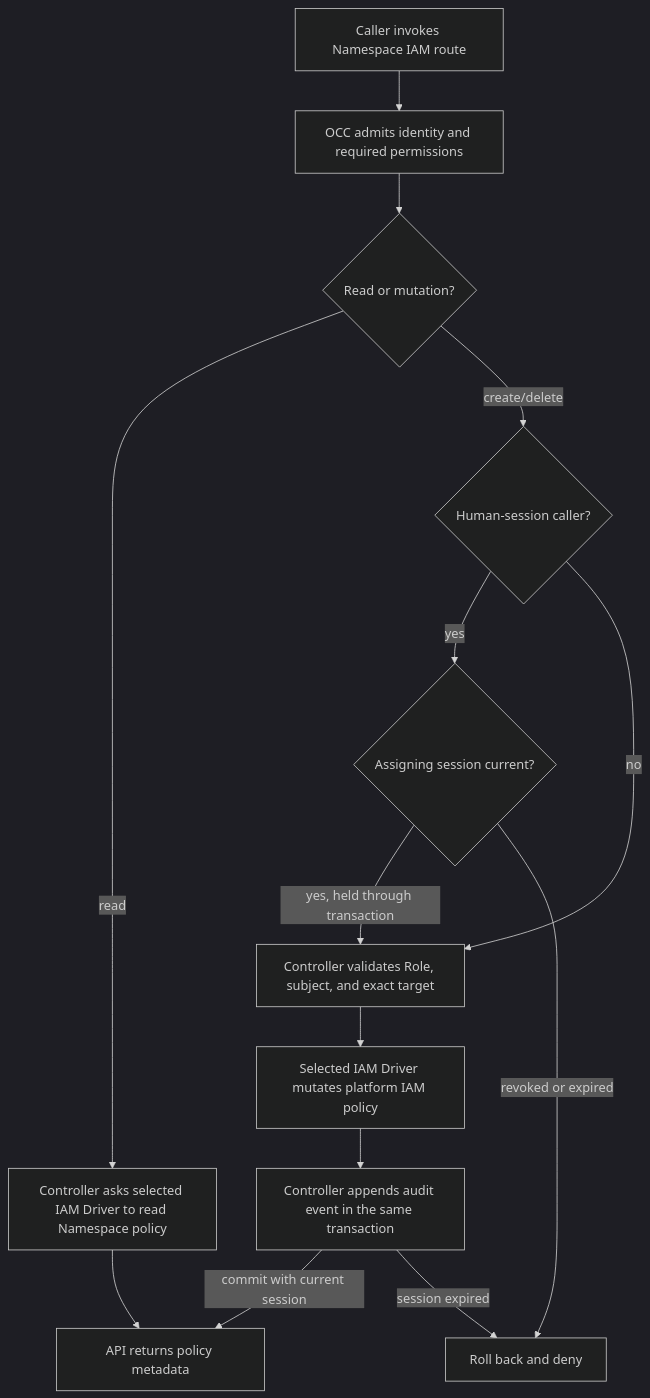
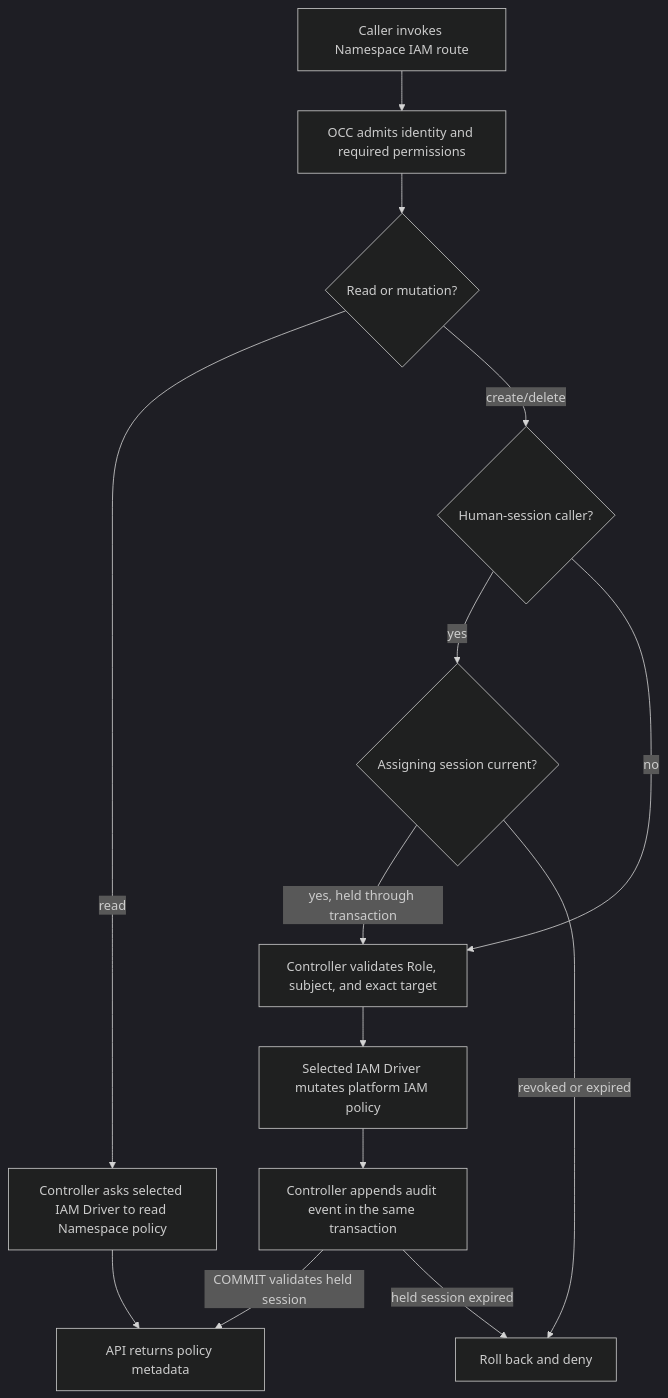
Before and after one commit to openclaw/openclaw-enterprise: the diagram in docs/flows/namespace-iam-policy.md, drawn with Mermaid (dark theme). The commit also changed other lines of this file and 11 other files, not shown here.

Commit message:
fix(auth): validate held-session expiry during PostgreSQL commit

````diff
--- a/docs/flows/namespace-iam-policy.md
+++ b/docs/flows/namespace-iam-policy.md
@@ -30,16 +30,16 @@
 ```mermaid
 graph TD
   A["Caller invokes Namespace IAM route"] --> B["OCC admits identity and required permissions"]
   B --> C{"Read or mutation?"}
   C -->|read| D["Controller asks selected IAM Driver to read Namespace policy"]
   C -->|create/delete| S{"Human-session caller?"}
   S -->|yes| L{"Assigning session current?"}
   L -->|yes, held through transaction| E["Controller validates Role, subject, and exact target"]
   L -->|revoked or expired| X["Roll back and deny"]
   S -->|no| E
   E --> F["Selected IAM Driver mutates platform IAM policy"]
   F --> G["Controller appends audit event in the same transaction"]
   D --> H["API returns policy metadata"]
-  G -->|commit with current session| H
-  G -->|session expired| X
+  G -->|COMMIT validates held session| H
+  G -->|held session expired| X
 ```
````
